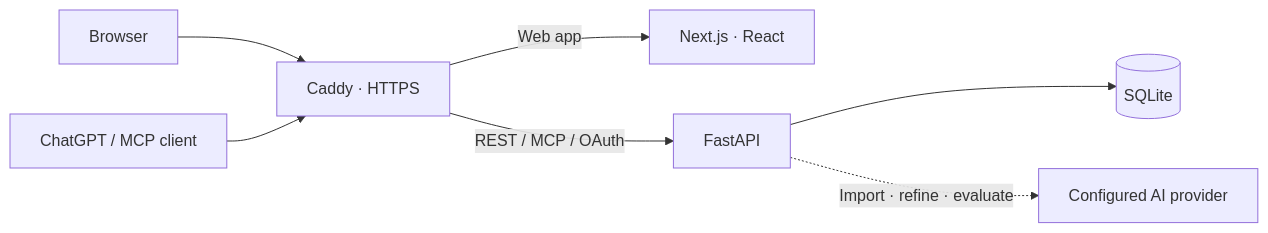
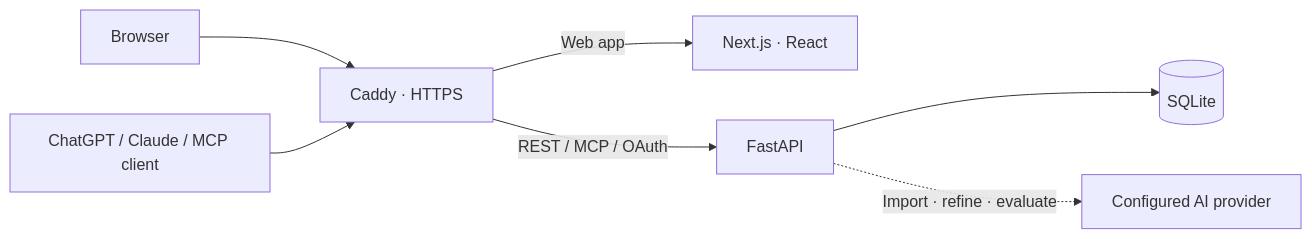
One commit to chrysogonus/prompt-maker-studio changed the diagram in README.md. Above: the diagram before and after it, drawn with Mermaid. The commit also changed other lines of this file and 23 other files, not shown here.

````diff
--- a/README.md
+++ b/README.md
@@ -73,9 +82,9 @@
 ```mermaid
 flowchart LR
     Browser[Browser] --> Edge["Caddy · HTTPS"]
-    MCP["ChatGPT / MCP client"] --> Edge
+    MCP["ChatGPT / Claude / MCP client"] --> Edge
     Edge -->|Web app| UI["Next.js · React"]
     Edge -->|REST / MCP / OAuth| API[FastAPI]
     API --> DB[(SQLite)]
     API -.->|Import · refine · evaluate| AI["Configured AI provider"]
 ```
````
